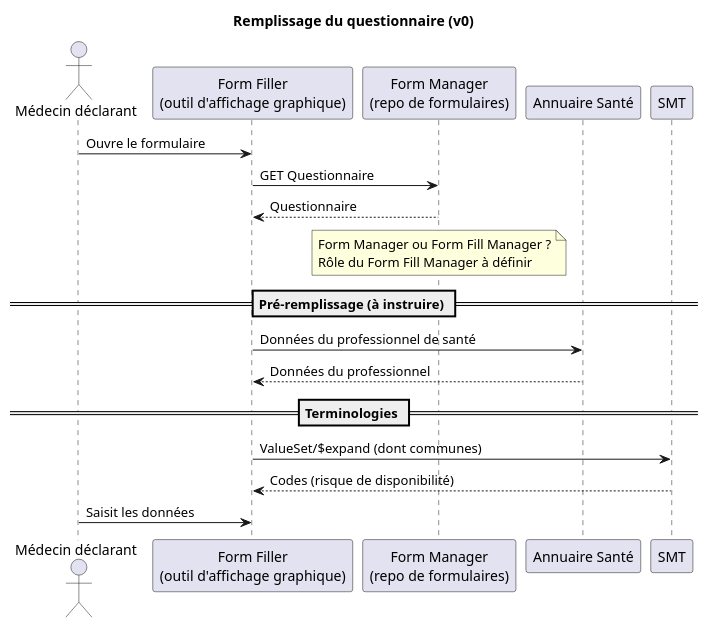
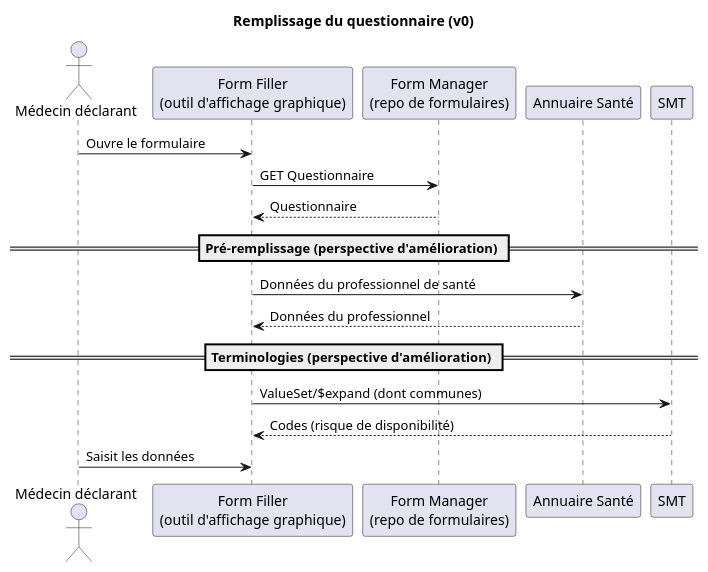
The diagram in input/images-source/architecture-flux-remplissage.plantuml (nriss/ig-test-dmso), drawn with PlantUML before and after one commit. The commit also changed 1 other file, not shown here.

Commit message:
Architecture : libellés des schémas de remplissage et de transmission

```diff
--- a/input/images-source/architecture-flux-remplissage.plantuml
+++ b/input/images-source/architecture-flux-remplissage.plantuml
@@ -1,25 +1,24 @@
 @startuml
 ' Version 0 - à améliorer
 title Remplissage du questionnaire (v0)
 
 actor "Médecin déclarant" as PS
 participant "Form Filler\n(outil d'affichage graphique)" as FF
 participant "Form Manager\n(repo de formulaires)" as FM
 participant "Annuaire Santé" as ANN
 participant "SMT" as SMT
 
 PS -> FF : Ouvre le formulaire
 FF -> FM : GET Questionnaire
 FM --> FF : Questionnaire
-note over FM : Form Manager ou Form Fill Manager ?\nRôle du Form Fill Manager à définir
 
-== Pré-remplissage (à instruire) ==
+== Pré-remplissage (perspective d'amélioration) ==
 FF -> ANN : Données du professionnel de santé
 ANN --> FF : Données du professionnel
 
-== Terminologies ==
+== Terminologies (perspective d'amélioration) ==
 FF -> SMT : ValueSet/$expand (dont communes)
 SMT --> FF : Codes (risque de disponibilité)
 
 PS -> FF : Saisit les données
 @enduml
```
